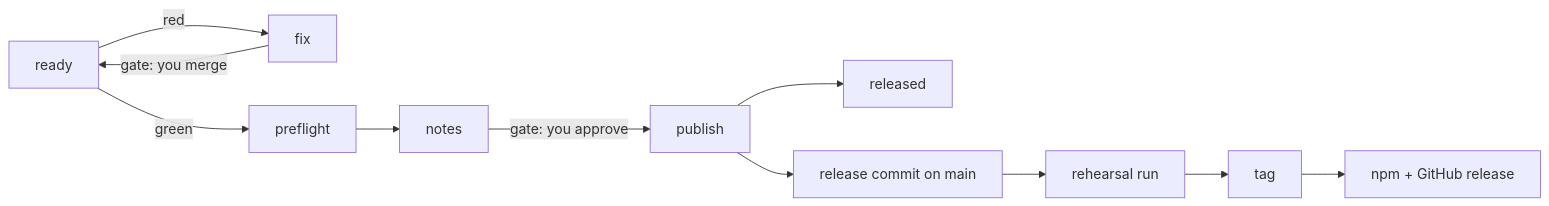
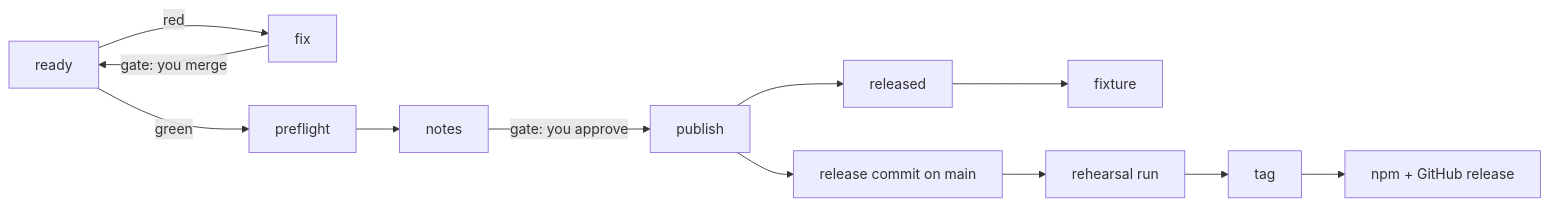
One commit to marvingygas/spoolway changed the diagram in docs/releasing.md. Above: the diagram before and after it, drawn with Mermaid. The commit also changed other lines of this file and 3 other files, not shown here.

````diff
--- a/docs/releasing.md
+++ b/docs/releasing.md
@@ -8,6 +8,6 @@
 ```mermaid
 flowchart LR
   R[ready] -->|red| X[fix] -->|gate: you merge| R
-  R -->|green| A[preflight] --> B[notes] -->|gate: you approve| C[publish] --> V[released]
+  R -->|green| A[preflight] --> B[notes] -->|gate: you approve| C[publish] --> V[released] --> Z[fixture]
   C --> D[release commit on main] --> E[rehearsal run] --> F[tag] --> G[npm + GitHub release]
 ```
````
